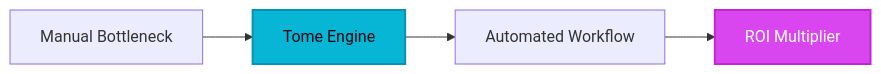
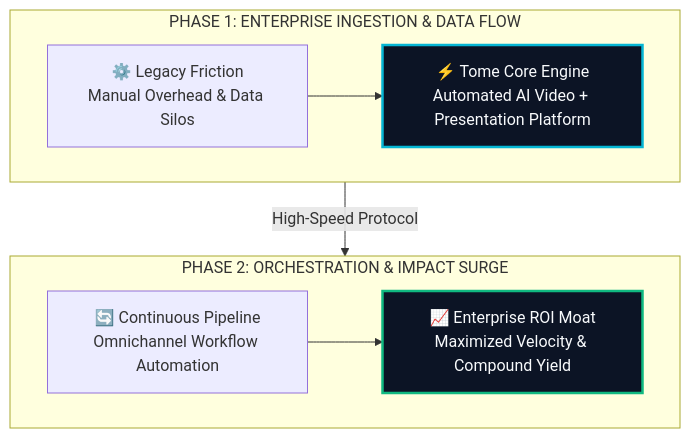
One commit to heliatech-media/saas-radar changed the diagram in site/src/content/blog/tome-evolution-guide-2026.md. Above: the diagram before and after it, drawn with Mermaid. The commit also changed 97 other files, not shown here.

First line of the commit message:
feat(diagrams): upgrade all article architecture schemas to high-impact 2-tier responsive vector blueprints

````diff
--- a/site/src/content/blog/tome-evolution-guide-2026.md
+++ b/site/src/content/blog/tome-evolution-guide-2026.md
@@ -54,8 +54,14 @@
 ```mermaid
-flowchart LR
-    A[Manual Bottleneck] --> B[Tome Engine]
-    B --> C[Automated Workflow]
-    C --> D[ROI Multiplier]
-    style B fill:#06b6d4,stroke:#0891b2,stroke-width:2px,color:#030712
-    style D fill:#d946ef,stroke:#c026d3,stroke-width:2px,color:#ffffff
+flowchart TD
+    subgraph S1["PHASE 1: ENTERPRISE INGESTION & DATA FLOW"]
+        direction LR
+        A["⚙️ Legacy Friction<br/>Manual Overhead & Data Silos"] --> B["⚡ Tome Core Engine<br/>Automated AI Video + Presentation Platform"]
+    end
+    subgraph S2["PHASE 2: ORCHESTRATION & IMPACT SURGE"]
+        direction LR
+        C["🔄 Continuous Pipeline<br/>Omnichannel Workflow Automation"] --> D["📈 Enterprise ROI Moat<br/>Maximized Velocity & Compound Yield"]
+    end
+    S1 -->|High-Speed Protocol| S2
+    style B fill:#0c1425,stroke:#06b6d4,stroke-width:2.5px,color:#f8fafc
+    style D fill:#0c1425,stroke:#10b981,stroke-width:2.5px,color:#f8fafc
 ```
````
